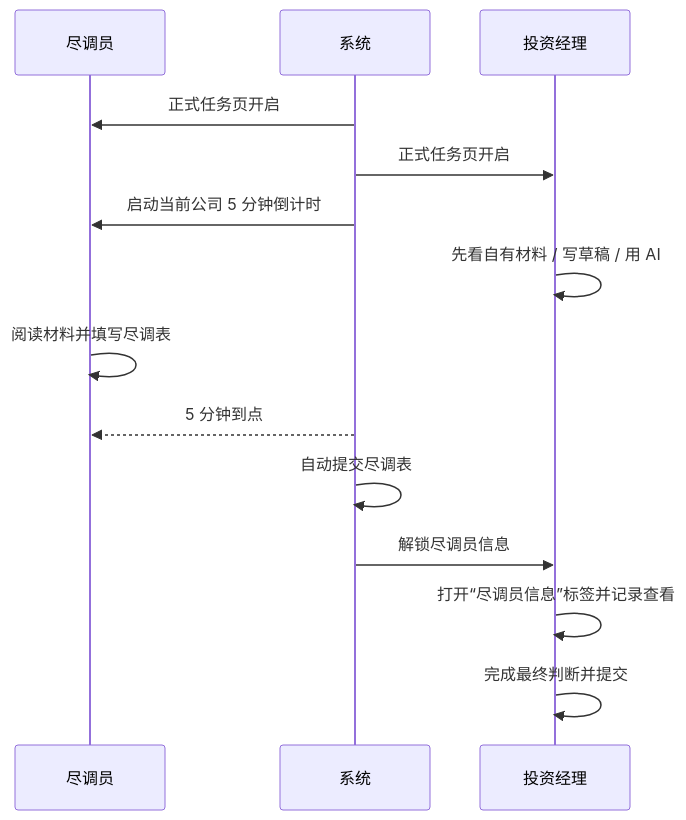
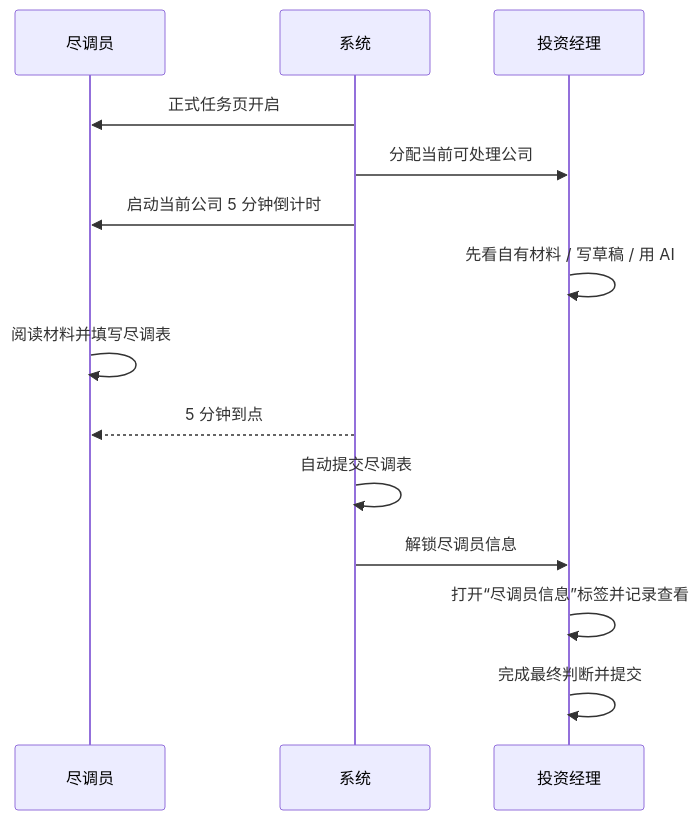
One commit to yezhouyedu/multicooperation changed the third of 4 diagrams in 02_specs/00_overview/APP_FLOW.md. Above: the diagram before and after it, drawn with Mermaid. The commit also changed other lines of this file and 22 other files, not shown here.

````diff
--- a/02_specs/00_overview/APP_FLOW.md
+++ b/02_specs/00_overview/APP_FLOW.md
@@ -194,16 +215,16 @@
 ```mermaid
 sequenceDiagram
     participant D as 尽调员
     participant S as 系统
     participant I as 投资经理
     S->>D: 正式任务页开启
-    S->>I: 正式任务页开启
+    S->>I: 分配当前可处理公司
     S->>D: 启动当前公司 5 分钟倒计时
     I->>I: 先看自有材料 / 写草稿 / 用 AI
     D->>D: 阅读材料并填写尽调表
     S-->>D: 5 分钟到点
     S->>S: 自动提交尽调表
     S->>I: 解锁尽调员信息
     I->>I: 打开“尽调员信息”标签并记录查看
     I->>I: 完成最终判断并提交
 ```
````
